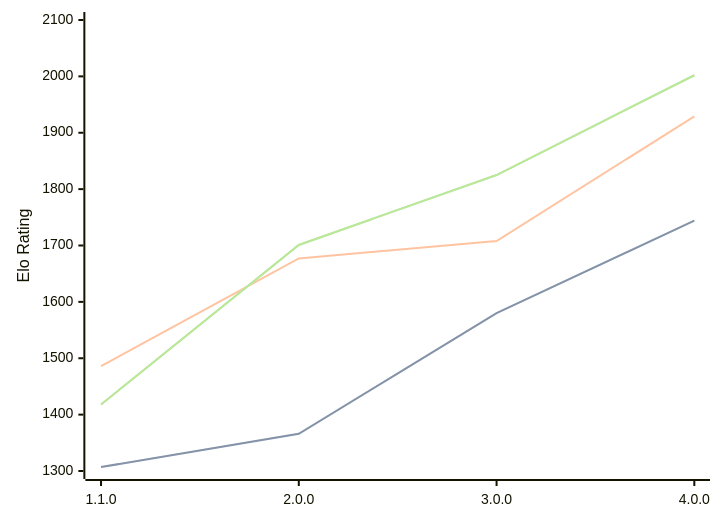
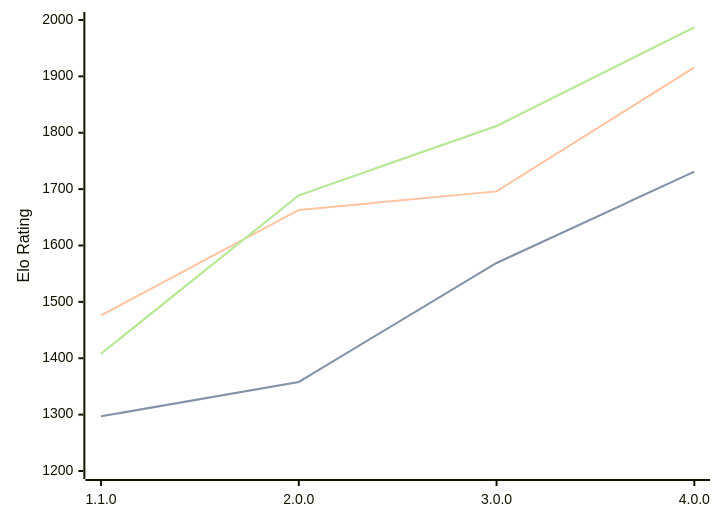
Before and after one commit to computer-chess-index/cci: the diagram in engines/Laura.md, drawn with Mermaid. The commit also changed other lines of this file, not shown here.

Commit message:
Update CCI Ratings (ELO VLTC) - 2026-05-20

````diff
--- a/engines/Laura.md
+++ b/engines/Laura.md
@@ -35,11 +35,11 @@
 ```mermaid
 %%{init: {"theme":"base","themeVariables":{"seriesColors:['#a3a3a3','#222221','#faa371']}}}%%
 xychart-beta
   x-axis ["1.1.0", "2.0.0", "3.0.0", "4.0.0"]
-  y-axis "Elo Rating" 1300 --> 2100
-  line "STC (8.0+0.08s)" [1307, 1366, 1580, 1744]
-  line "STC (8.0+0.08s)" [1307, 1366, 1580, 1744]
-  line "LTC (60.0+0.60s)" [1486, 1677, 1708, 1929]
-  line "VLTC (2m24s+1.12s)" [1418, 1701, 1825, 2002]
-  line "VLTC (2m24s+1.12s)" [1418, 1701, 1825, 2002]
+  y-axis "Elo Rating" 1200 --> 2000
+  line "STC (8.0+0.08s)" [1297, 1358, 1569, 1731]
+  line "STC (8.0+0.08s)" [1297, 1358, 1569, 1731]
+  line "LTC (60.0+0.60s)" [1476, 1663, 1696, 1916]
+  line "VLTC (2m24s+1.12s)" [1408, 1689, 1812, 1987]
+  line "VLTC (2m24s+1.12s)" [1408, 1689, 1812, 1987]
 ```
````
